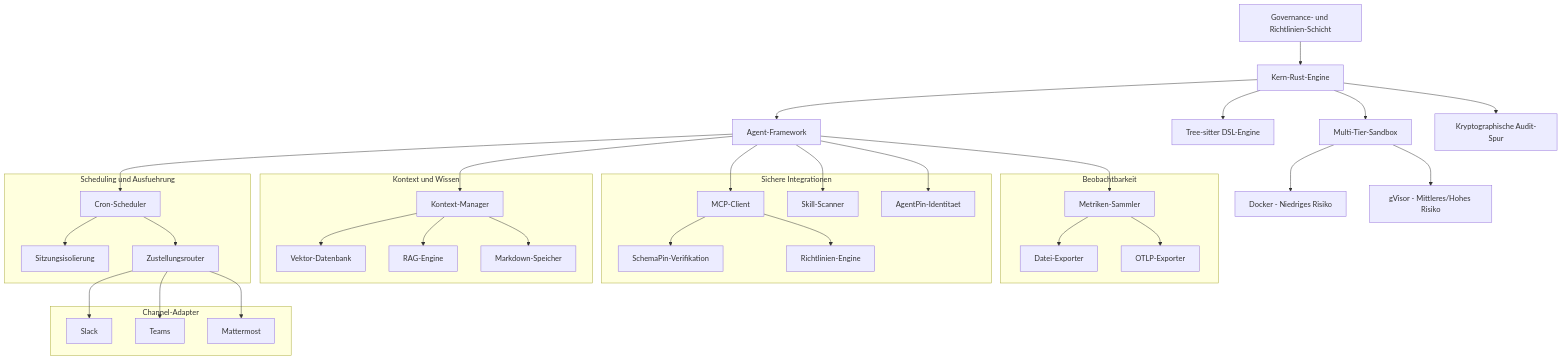
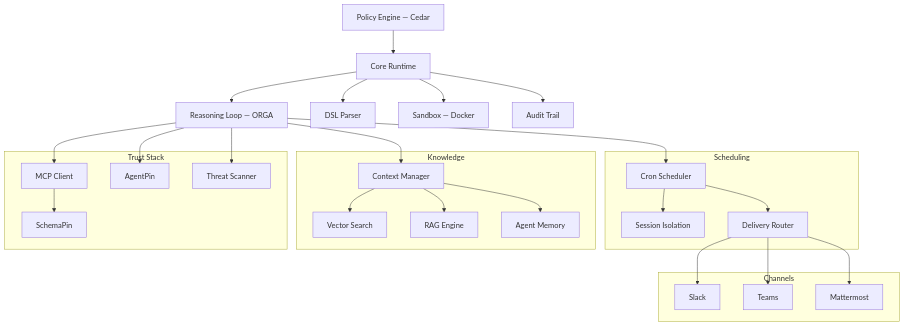
Before and after one commit to ThirdKeyAI/Symbiont: the diagram in docs/de/index.md, drawn with Mermaid. The commit also changed other lines of this file and 5 other files, not shown here.

````diff
--- a/docs/de/index.md
+++ b/docs/de/index.md
@@ -108,62 +103,49 @@
 ```mermaid
 graph TB
-    A[Governance- und Richtlinien-Schicht] --> B[Kern-Rust-Engine]
-    B --> C[Agent-Framework]
-    B --> D[Tree-sitter DSL-Engine]
-    B --> E[Multi-Tier-Sandbox]
-    E --> F[Docker - Niedriges Risiko]
-    E --> G[gVisor - Mittleres/Hohes Risiko]
-    B --> I[Kryptographische Audit-Spur]
+    A[Policy Engine — Cedar] --> B[Core Runtime]
+    B --> C[Reasoning Loop — ORGA]
+    B --> D[DSL Parser]
+    B --> E[Sandbox — Docker]
+    B --> I[Audit Trail]
 
-    subgraph "Scheduling und Ausfuehrung"
-        S[Cron-Scheduler]
-        H[Sitzungsisolierung]
-        R[Zustellungsrouter]
+    subgraph "Scheduling"
+        S[Cron Scheduler]
+        H[Session Isolation]
+        R[Delivery Router]
     end
 
-    subgraph "Channel-Adapter"
+    subgraph "Channels"
         SL[Slack]
         TM[Teams]
         MM[Mattermost]
     end
 
-    subgraph "Kontext und Wissen"
-        J[Kontext-Manager]
-        K[Vektor-Datenbank]
-        L[RAG-Engine]
-        MD[Markdown-Speicher]
+    subgraph "Knowledge"
+        J[Context Manager]
+        K[Vector Search]
+        L[RAG Engine]
+        MD[Agent Memory]
     end
 
-    subgraph "Sichere Integrationen"
-        M[MCP-Client]
-        N[SchemaPin-Verifikation]
-        O[Richtlinien-Engine]
-        P[AgentPin-Identitaet]
-        SK[Skill-Scanner]
-    end
-
-    subgraph "Beobachtbarkeit"
-        MET[Metriken-Sammler]
-        FE[Datei-Exporter]
-        OT[OTLP-Exporter]
+    subgraph "Trust Stack"
+        M[MCP Client]
+        N[SchemaPin]
+        O[AgentPin]
+        SK[Threat Scanner]
     end
 
     C --> S
     S --> H
     S --> R
     R --> SL
     R --> TM
     R --> MM
     C --> J
     C --> M
-    C --> SK
     J --> K
     J --> L
     J --> MD
     M --> N
-    M --> O
-    C --> P
-    C --> MET
-    MET --> FE
-    MET --> OT
+    C --> O
+    C --> SK
 ```
````
